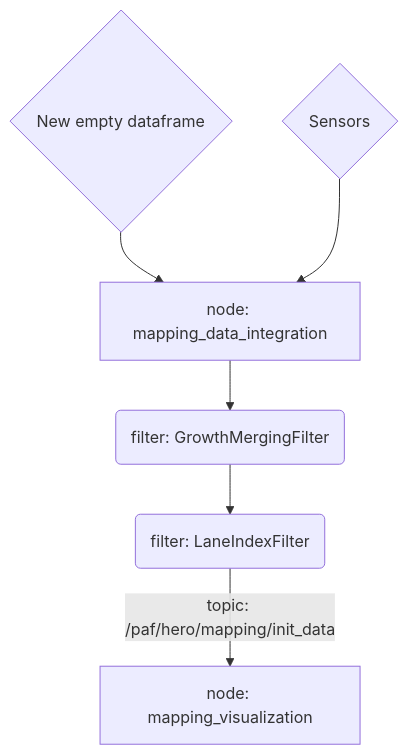
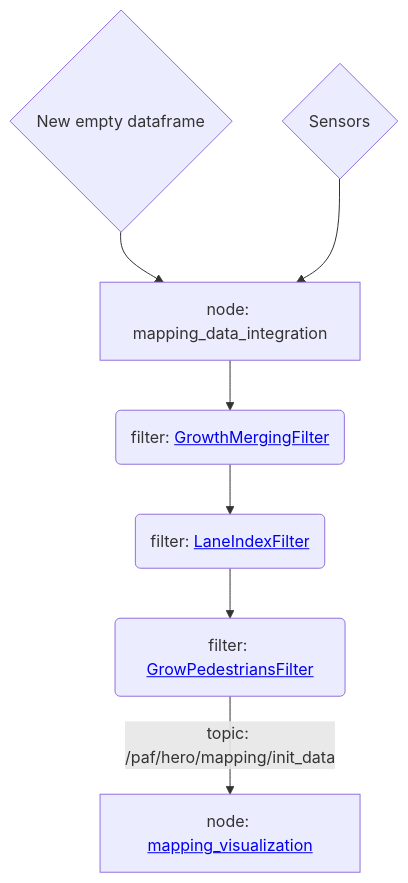
One commit to una-auxme/paf changed the diagram in doc/mapping/README.md. Above: the diagram before and after it, drawn with Mermaid. The commit also changed other lines of this file and 16 other files, not shown here.

````diff
--- a/doc/mapping/README.md
+++ b/doc/mapping/README.md
@@ -32,8 +35,9 @@
 ```mermaid
 flowchart TD
     NF{New empty dataframe} --> A[node: mapping_data_integration]
     S{Sensors} --> A
-    A --> F1(filter: GrowthMergingFilter)
-    F1 --> F2(filter: LaneIndexFilter)
-    F2 -->|topic: /paf/hero/mapping/init_data| 1[node: mapping_visualization]
+    A --> F1(filter: <a href='/doc/mapping/generated/mapping_common/filter.md#growthmergingfilter'>GrowthMergingFilter</a>)
+    F1 --> F2(filter: <a href='/doc/mapping/generated/mapping_common/filter.md#laneindexfilter'>LaneIndexFilter</a>)
+    F2 --> F3(filter: <a href='/doc/mapping/generated/mapping_common/filter.md#growpedestriansfilter'>GrowPedestriansFilter</a>)
+    F3 -->|topic: /paf/hero/mapping/init_data| 1[node: <a href='/doc/mapping/generated/nodes.md#mappingdataintegrationnode'>mapping_visualization</a>]
 ```
````
